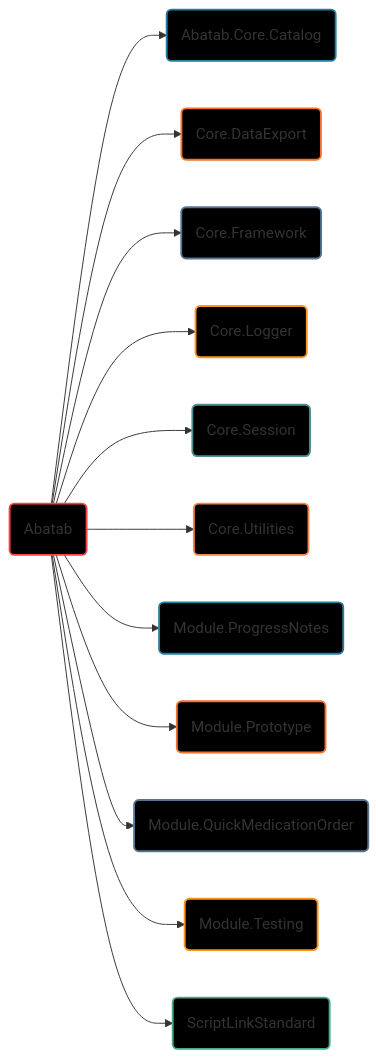
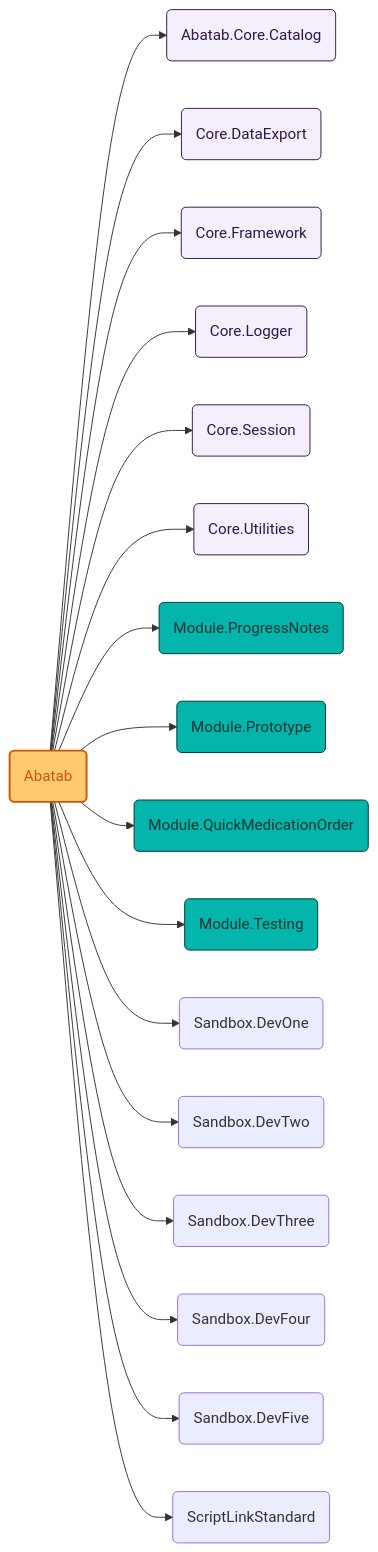
The first of 5 diagrams in src/docs/doc/docproj/dev/docproj_Project-references.md (spectrum-health-systems/Abatab), drawn with Mermaid before and after one commit. The commit also changed 15 other files, not shown here.

````diff
--- a/src/docs/doc/docproj/dev/docproj_Project-references.md
+++ b/src/docs/doc/docproj/dev/docproj_Project-references.md
@@ -9,43 +9,33 @@
 ```mermaid
 
 graph LR
 
   Abatab(Abatab) --> Abatab.Core.Catalog(Abatab.Core.Catalog)
   Abatab --> Core.DataExport(Core.DataExport)
   Abatab --> Core.Framework(Core.Framework)
   Abatab --> Core.Logger(Core.Logger)
   Abatab --> Core.Session(Core.Session)
   Abatab --> Core.Utilities(Core.Utilities)
   Abatab --> Module.ProgressNote(Module.ProgressNotes)
   Abatab --> Module.Prototype(Module.Prototype)
   Abatab --> Module.QuickMedicationOrder(Module.QuickMedicationOrder)
   Abatab --> Module.Testing(Module.Testing)
+  Abatab --> Sandbox.DevOne(Sandbox.DevOne)
+  Abatab --> Sandbox.DevTwo(Sandbox.DevTwo)
+  Abatab --> Sandbox.DevThree(Sandbox.DevThree)
+  Abatab --> Sandbox.DevFour(Sandbox.DevFour)
+  Abatab --> Sandbox.DevFive(Sandbox.DevFive)
   Abatab --> ScriptLinkStandard(ScriptLinkStandard)
 
-  classDef Abatab fill:#000000, stroke:#F94144,stroke-width:2px
-  classDef CoreCatalog fill:#000000, stroke:#277DA1,stroke-width:2px
-  classDef CoreDataExport fill:#000000, stroke:#F3722C,stroke-width:2px
-  classDef CoreFramework fill:#000000, stroke:#577590,stroke-width:2px
-  classDef CoreLogger fill:#000000, stroke:#F8961E,stroke-width:2px
-  classDef CoreSession fill:#000000, stroke:#4D908E,stroke-width:2px
-  classDef CoreUtilities fill:#000000, stroke:#F9844A,stroke-width:2px
-  classDef ModProgressNote fill:#000000, stroke:#277DA1,stroke-width:2px
-  classDef ModPrototype fill:#000000, stroke:#F3722C,stroke-width:2px
-  classDef ModQuickMedicationOrder fill:#000000, stroke:#577590,stroke-width:2px
-  classDef ModTesting fill:#000000, stroke:#F8961E,stroke-width:2px
-  classDef ScriptLinkStandard fill:#000000, stroke:#43AA8B,stroke-width:2px
+  classDef Abatab fill:#FFC971, stroke:#CC5803, color:#CC5803, stroke-width:2px
+  classDef CoreComponent fill:#F4EFFA, color:#2F184B, stroke:#2F184B,stroke-width:1px
+  classDef ModuleComponent fill:#03B5AA, stroke:#023436, color:#023436,stroke-width:1px
+  classDef Sandbox fill:#000000, stroke:#F3722C,stroke-width:1px
+  classDef ThirdParty fill:#000000, stroke:#43AA8B,stroke-width:2px
   classDef Description fill:#000000, stroke:#FFFFFF,stroke-width:2px
 
   class Abatab Abatab
-  class Abatab.Core.Catalog CoreCatalog
-  class Core.DataExport CoreDataExport
-  class Core.Framework CoreFramework
-  class Core.Logger CoreLogger
-  class Core.Session CoreSession
-  class Core.Utilities CoreUtilities
-  class Module.ProgressNote ModProgressNote
-  class Module.Prototype ModPrototype
-  class Module.QuickMedicationOrder ModQuickMedicationOrder
-  class Module.Testing ModTesting
+  class Abatab.Core.Catalog,Core.DataExport,Core.Framework,Core.Logger,Core.Session,Core.Utilities CoreComponent
+  class Module.ProgressNote,Module.Prototype,Module.QuickMedicationOrder,Module.Testing ModuleComponent
   class ScriptLinkStandard ScriptLinkStandard
 ```
````
